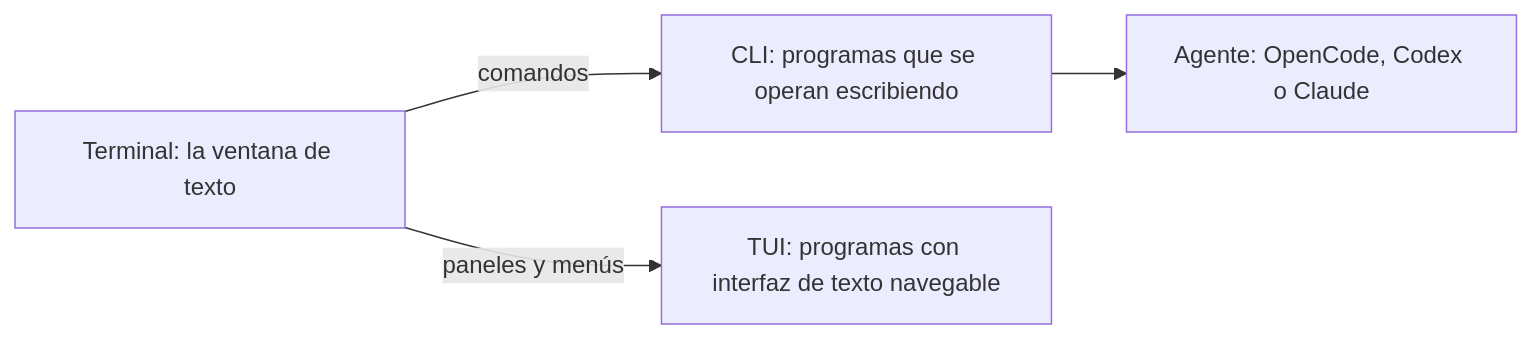
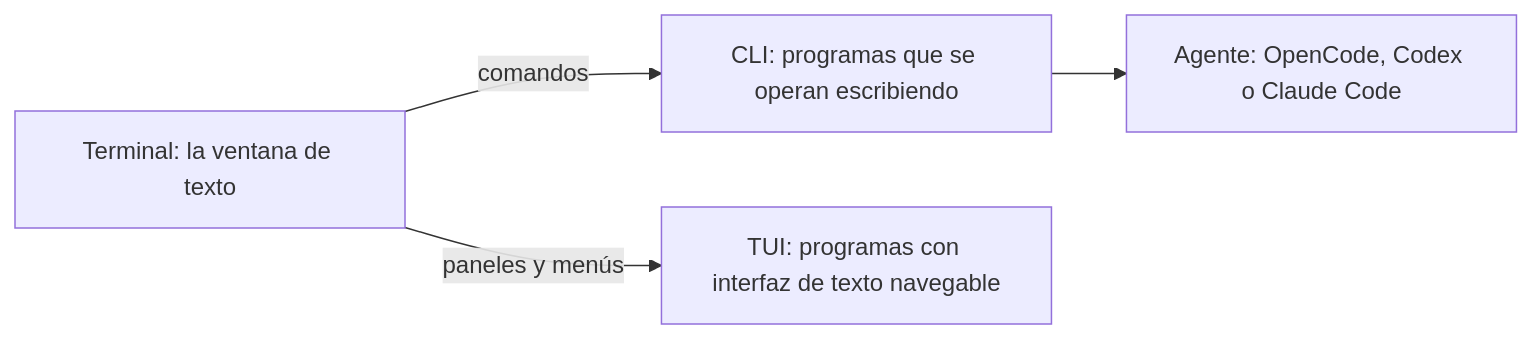
Before and after one commit to harrysxavio/gentle-ai-manual: the fifth of 6 diagrams in src/content/docs/01-fundamentos-tecnologicos/04-frontend-backend.md, drawn with Mermaid. The commit also changed other lines of this file and 4 other files, not shown here.

````diff
--- a/src/content/docs/01-fundamentos-tecnologicos/04-frontend-backend.md
+++ b/src/content/docs/01-fundamentos-tecnologicos/04-frontend-backend.md
@@ -145,6 +145,6 @@
 ```mermaid
 flowchart LR
     T["Terminal: la ventana de texto"] -->|"comandos"| C["CLI: programas que se operan escribiendo"]
     T -->|"paneles y menús"| U["TUI: programas con interfaz de texto navegable"]
-    C --> A["Agente: OpenCode, Codex o Claude"]
+    C --> A["Agente: OpenCode, Codex o Claude Code"]
 ```
````
